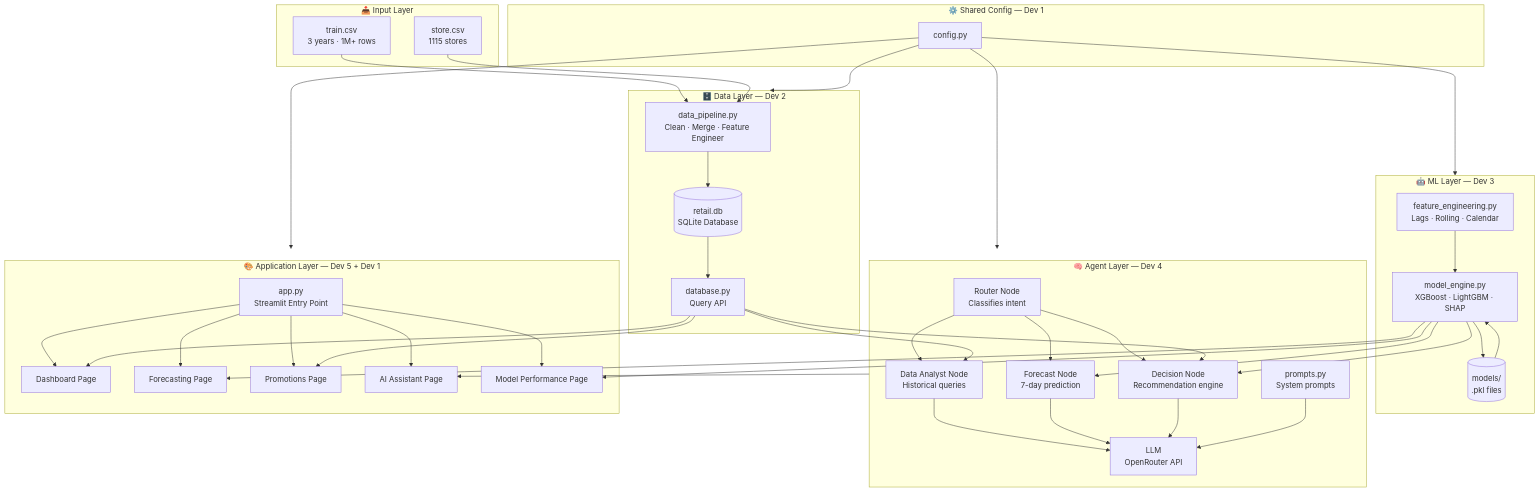
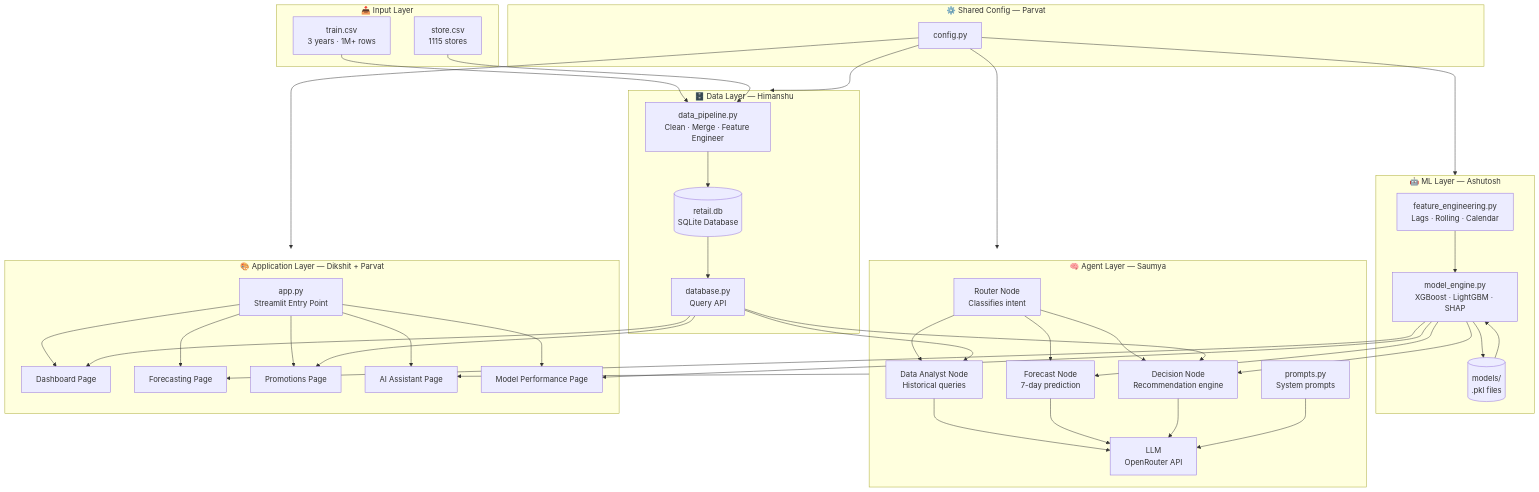
Before and after one commit to parvatkhattak/AI-Powered-Retail-Sales-Forecasting-Decision-Intelligence: the first of 4 diagrams in docs/architecture.md, drawn with Mermaid. The commit also changed other lines of this file and 15 other files, not shown here.

Commit message:
Replace generic Dev 1-5 labels with actual developer names (Parvat, Himanshu, Ashutosh, Saumya, Dikshit)

````diff
--- a/docs/architecture.md
+++ b/docs/architecture.md
@@ -60,74 +60,74 @@
 ```mermaid
 graph TD
     subgraph INPUT["📥 Input Layer"]
         RAW1[train.csv\n3 years · 1M+ rows]
         RAW2[store.csv\n1115 stores]
     end
 
-    subgraph DATA["🗄️ Data Layer  —  Dev 2"]
+    subgraph DATA["🗄️ Data Layer  —  Himanshu"]
         PIPE[data_pipeline.py\nClean · Merge · Feature Engineer]
         DB[(retail.db\nSQLite Database)]
         DBAPI[database.py\nQuery API]
         PIPE --> DB
         DB --> DBAPI
     end
 
-    subgraph ML["🤖 ML Layer  —  Dev 3"]
+    subgraph ML["🤖 ML Layer  —  Ashutosh"]
         FEAT[feature_engineering.py\nLags · Rolling · Calendar]
         TRAIN[model_engine.py\nXGBoost · LightGBM · SHAP]
         MDLS[(models/\n.pkl files)]
         FEAT --> TRAIN
         TRAIN --> MDLS
         MDLS --> TRAIN
     end
 
-    subgraph AGENT["🧠 Agent Layer  —  Dev 4"]
+    subgraph AGENT["🧠 Agent Layer  —  Saumya"]
         ROUTER[Router Node\nClassifies intent]
         ANALYST[Data Analyst Node\nHistorical queries]
         FORECAST[Forecast Node\n7-day prediction]
         DECISION[Decision Node\nRecommendation engine]
         PROMPTS[prompts.py\nSystem prompts]
         LLM[LLM\nOpenRouter API]
         ROUTER --> ANALYST
         ROUTER --> FORECAST
         ROUTER --> DECISION
         ANALYST --> LLM
         FORECAST --> LLM
         DECISION --> LLM
         PROMPTS --> LLM
     end
 
-    subgraph UI["🎨 Application Layer  —  Dev 5 + Dev 1"]
+    subgraph UI["🎨 Application Layer  —  Dikshit + Parvat"]
         APP[app.py\nStreamlit Entry Point]
         P1[Dashboard Page]
         P2[Forecasting Page]
         P3[Promotions Page]
         P4[AI Assistant Page]
         P5[Model Performance Page]
         APP --> P1
         APP --> P2
         APP --> P3
         APP --> P4
         APP --> P5
     end
 
-    subgraph CONFIG["⚙️ Shared Config  —  Dev 1"]
+    subgraph CONFIG["⚙️ Shared Config  —  Parvat"]
         CFG[config.py]
     end
 
     RAW1 --> PIPE
     RAW2 --> PIPE
     DBAPI --> ANALYST
     DBAPI --> DECISION
     TRAIN --> FORECAST
     TRAIN --> DECISION
     DBAPI --> P1
     DBAPI --> P3
     TRAIN --> P2
     TRAIN --> P5
     AGENT --> P4
     CFG --> DATA
     CFG --> ML
     CFG --> AGENT
     CFG --> UI
 ```
````
